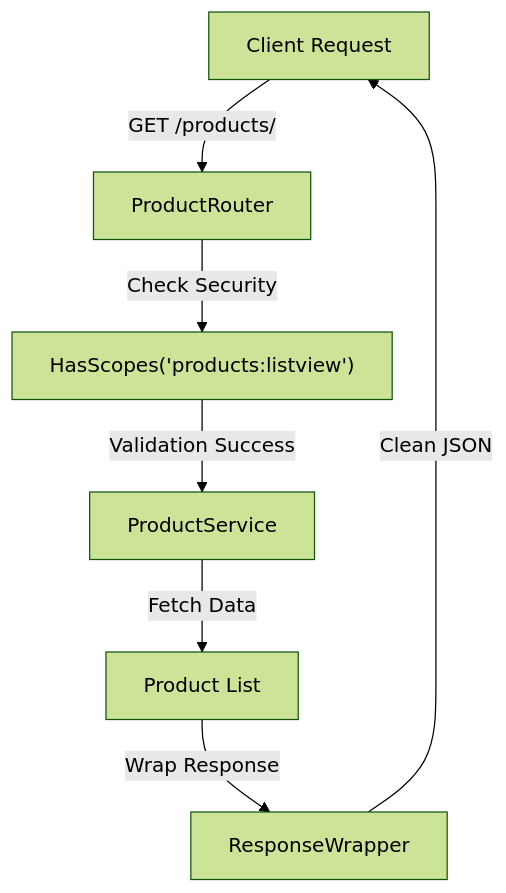
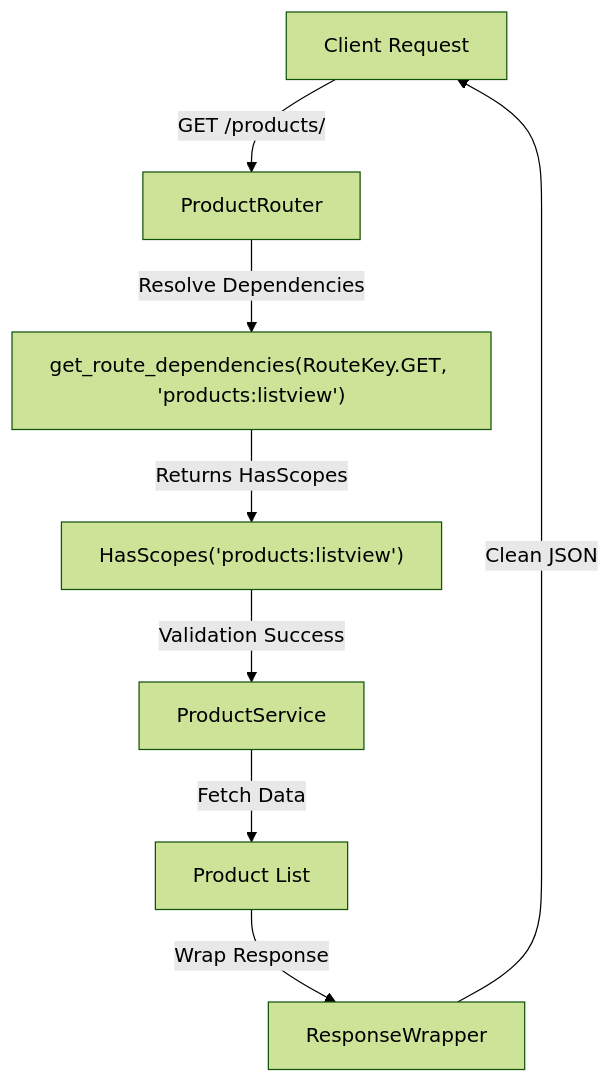
The diagram in docs/learn/5-router.md (fastapi-zcore-framework/zcore), drawn with Mermaid (forest theme) before and after one commit. The commit also changed other lines of this file and 7 other files, not shown here.

````diff
--- a/docs/learn/5-router.md
+++ b/docs/learn/5-router.md
@@ -60,9 +106,10 @@
 ```mermaid
 flowchart TD
     Client[Client Request] -->|GET /products/| Router[ProductRouter]
-    Router -->|Check Security| Scope["HasScopes('products:listview')"]
+    Router -->|Resolve Dependencies| Deps["get_route_dependencies(RouteKey.GET, 'products:listview')"]
+    Deps -->|Returns HasScopes| Scope["HasScopes('products:listview')"]
     Scope -->|Validation Success| Service[ProductService]
     Service -->|Fetch Data| Result[Product List]
     Result -->|Wrap Response| Envelope[ResponseWrapper]
     Envelope -->|Clean JSON| Client
 ```
````
